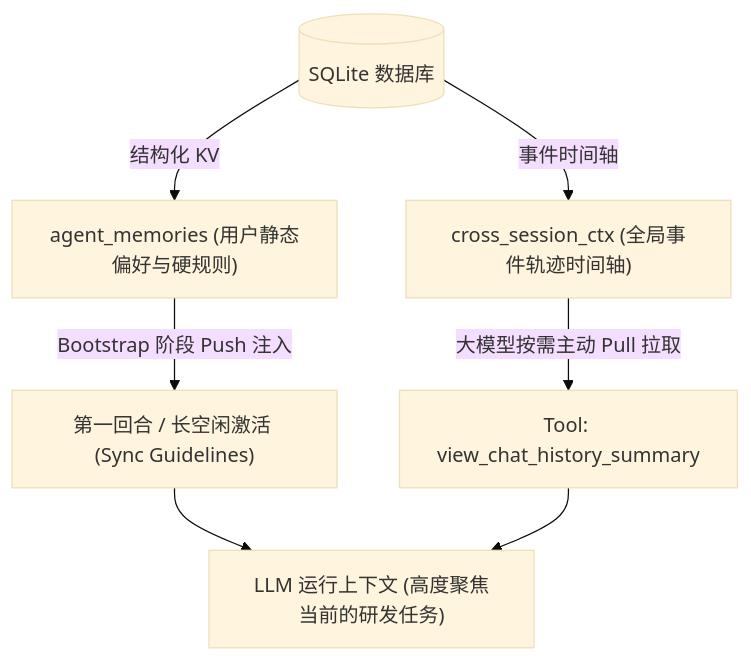
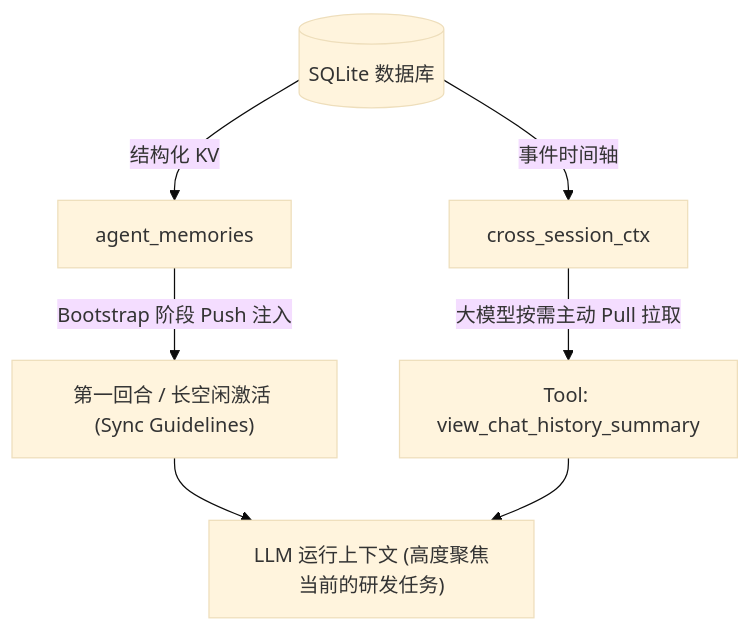
Before and after one commit to codescv/kesoku: the diagram in docs/zh/dev/memory.md, drawn with Mermaid (base theme). The commit also changed other lines of this file and 8 other files, not shown here.

````diff
--- a/docs/zh/dev/memory.md
+++ b/docs/zh/dev/memory.md
@@ -47,12 +83,12 @@
 ```mermaid
 graph TD
     DB[("SQLite 数据库")]
-    DB -->|结构化 KV| KV["agent_memories (用户静态偏好与硬规则)"]
-    DB -->|事件时间轴| Sync["cross_session_ctx (全局事件轨迹时间轴)"]
+    DB -->|结构化 KV| KV["agent_memories"]
+    DB -->|事件时间轴| Sync["cross_session_ctx"]
     
     KV -->|Bootstrap 阶段 Push 注入| Boot["第一回合 / 长空闲激活 (Sync Guidelines)"]
     Sync -->|大模型按需主动 Pull 拉取| Tool["Tool: view_chat_history_summary"]
     
     Boot --> LLM["LLM 运行上下文 (高度聚焦当前的研发任务)"]
     Tool --> LLM
 ```
````
